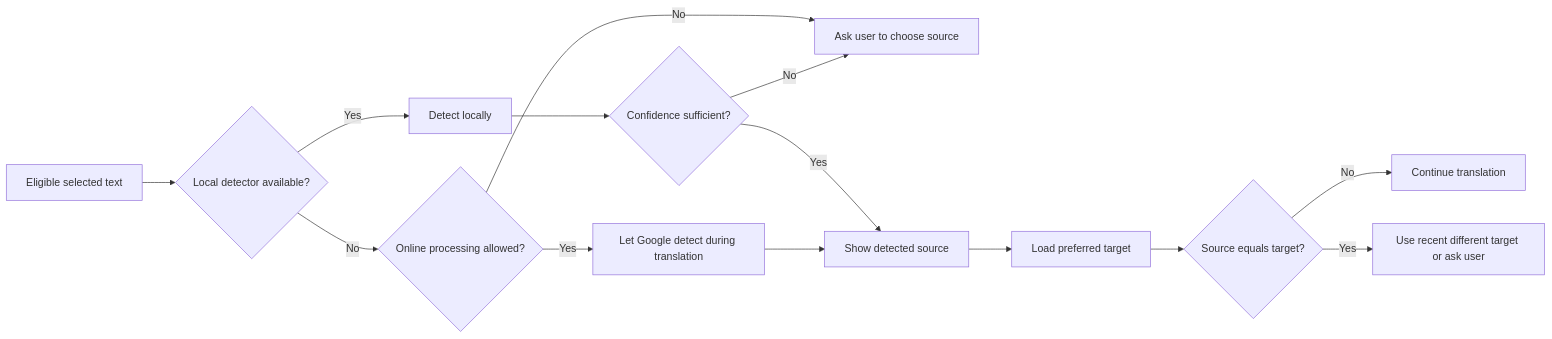
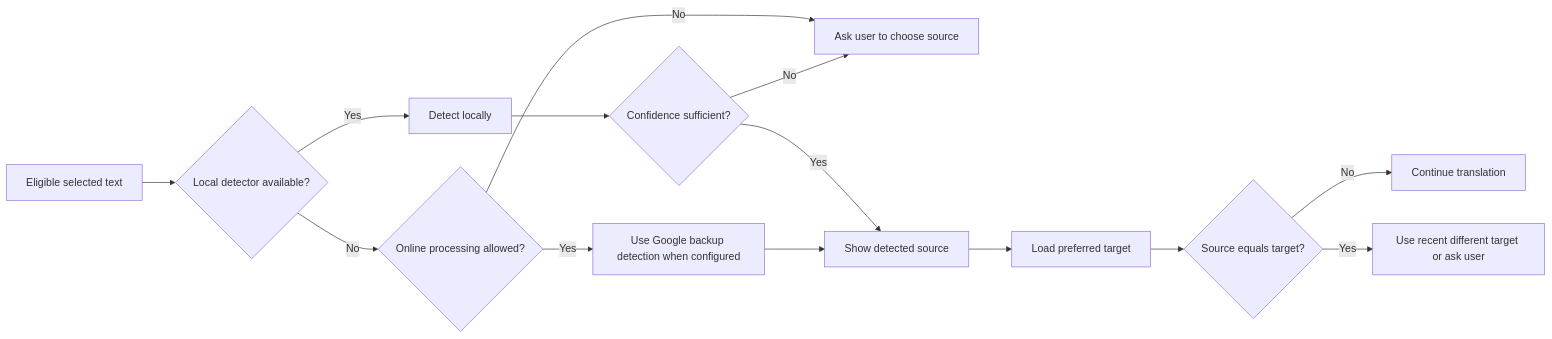
Before and after one commit to budhathoki10/LingoBridge: the fourth of 10 diagrams in docs/12-user-and-system-flows.md, drawn with Mermaid. The commit also changed other lines of this file and 61 other files, not shown here.

````diff
--- a/docs/12-user-and-system-flows.md
+++ b/docs/12-user-and-system-flows.md
@@ -98,16 +100,16 @@
 ```mermaid
 flowchart LR
     A[Eligible selected text] --> B{Local detector available?}
     B -- Yes --> C[Detect locally]
     B -- No --> D{Online processing allowed?}
-    D -- Yes --> E[Let Google detect during translation]
+    D -- Yes --> E[Use Google backup detection when configured]
     D -- No --> F[Ask user to choose source]
     C --> G{Confidence sufficient?}
     G -- No --> F
     G -- Yes --> H[Show detected source]
     E --> H
     H --> I[Load preferred target]
     I --> J{Source equals target?}
     J -- No --> K[Continue translation]
     J -- Yes --> L[Use recent different target or ask user]
 ```
````
